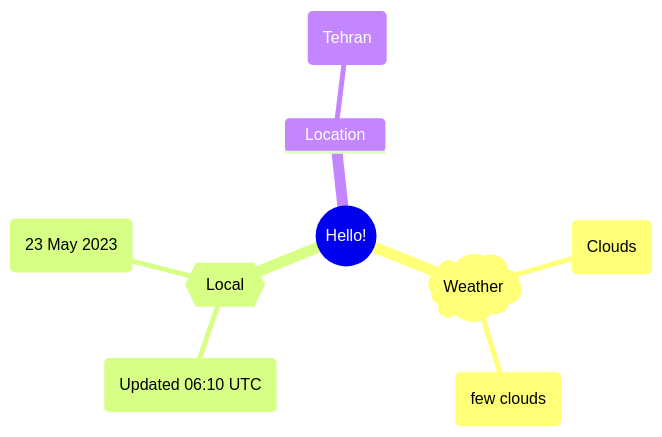
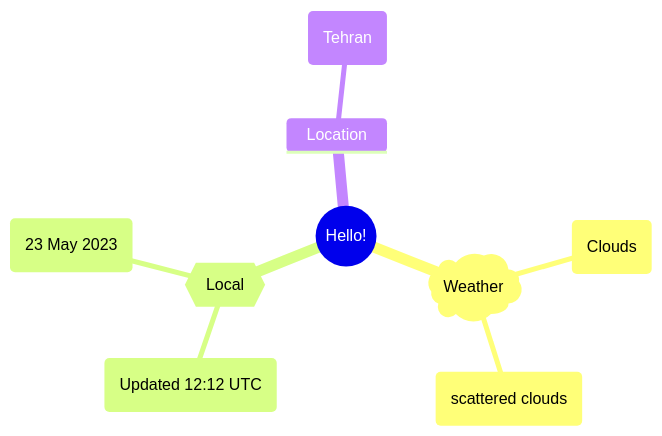
One commit to Xosrov/Xosrov changed the first of 2 diagrams in README.md. Above: the diagram before and after it, drawn with Mermaid.

Commit message:
[bot] updated images

````diff
--- a/README.md
+++ b/README.md
@@ -3,12 +3,12 @@
 ```mermaid
 mindmap
   root((Hello!))
     )Weather(
         (Clouds)
-        (few clouds)
+        (scattered clouds)
     {{Local}}
-        (Updated 06:10 UTC)
+        (Updated 12:12 UTC)
         (23 May 2023)
     Location
         (Tehran)
 ```
````
